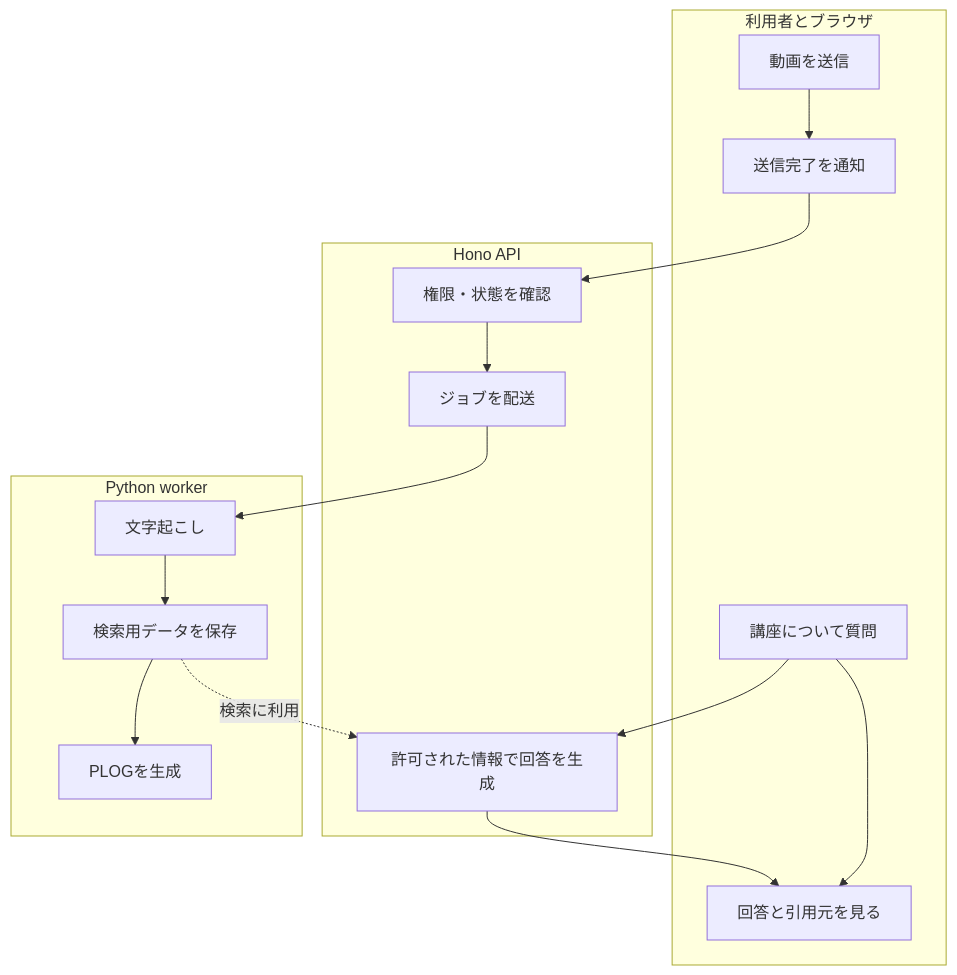
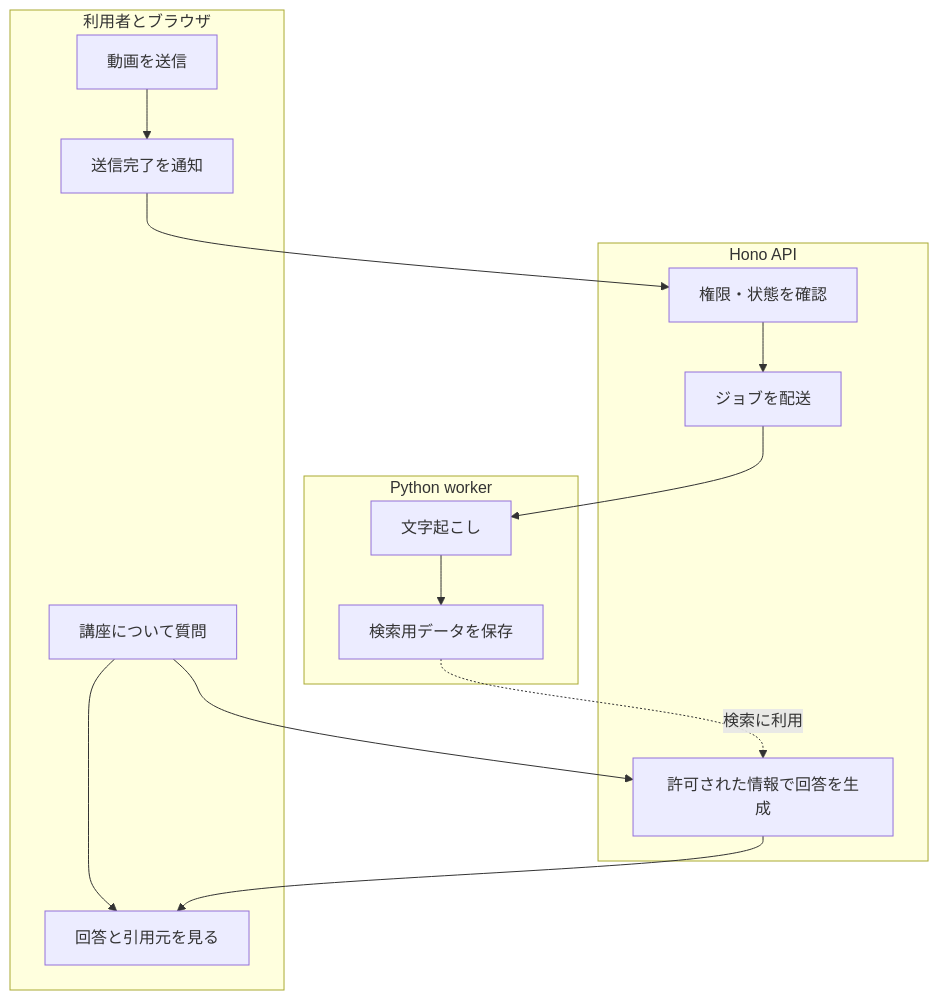
The diagram in apps/docs/i18n/ja/docusaurus-plugin-content-docs/current/architecture/bpmn.md (yukiharada1228/videoq), drawn with Mermaid before and after one commit. The commit also changed other lines of this file and 173 other files, not shown here.

````diff
--- a/apps/docs/i18n/ja/docusaurus-plugin-content-docs/current/architecture/bpmn.md
+++ b/apps/docs/i18n/ja/docusaurus-plugin-content-docs/current/architecture/bpmn.md
@@ -12,21 +12,20 @@
 ```mermaid
 flowchart TB
     subgraph User[利用者とブラウザ]
       Upload[動画を送信] --> Confirm[送信完了を通知]
       Ask[講座について質問] --> Read[回答と引用元を見る]
     end
     subgraph API[Hono API]
       Accept[権限・状態を確認]
       Dispatch[ジョブを配送]
       Answer[許可された情報で回答を生成]
     end
     subgraph Worker[Python worker]
       Transcribe[文字起こし]
       Index[検索用データを保存]
-      Plog[PLOGを生成]
     end
     Confirm --> Accept --> Dispatch
-    Dispatch --> Transcribe --> Index --> Plog
+    Dispatch --> Transcribe --> Index
     Index -. 検索に利用 .-> Answer
     Ask --> Answer --> Read
 ```
````
